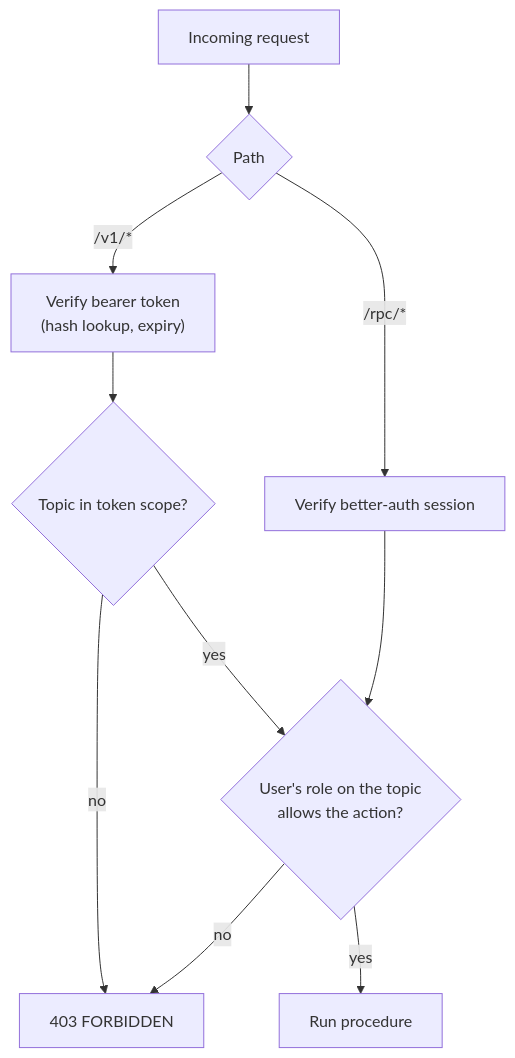
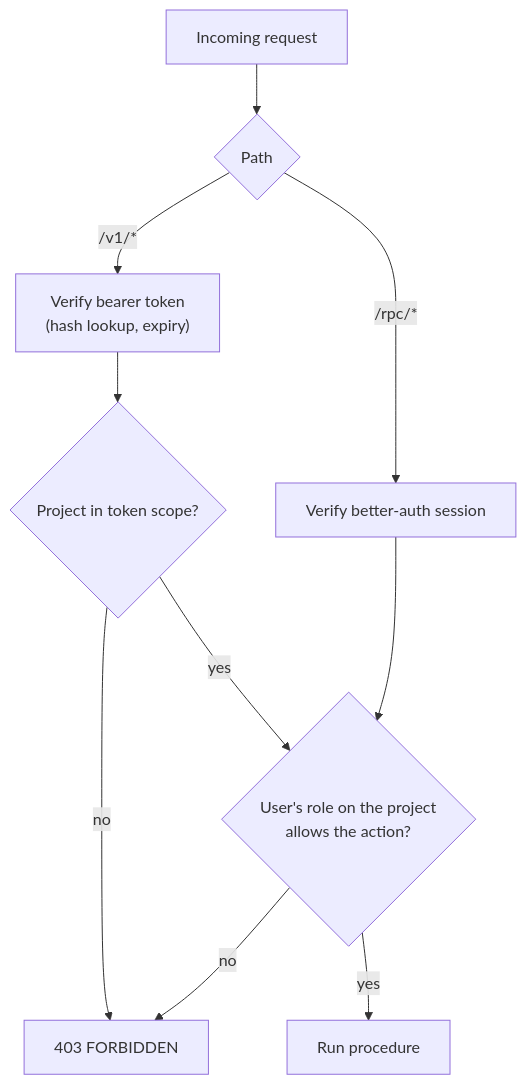
Before and after one commit to BRTZL/pocket-notifier: the diagram in apps/fumadocs/content/docs/product/access.mdx, drawn with Mermaid. The commit also changed other lines of this file and 20 other files, not shown here.

````diff
--- a/apps/fumadocs/content/docs/product/access.mdx
+++ b/apps/fumadocs/content/docs/product/access.mdx
@@ -96,12 +96,12 @@
 ```mermaid
 flowchart TD
   req["Incoming request"] --> kind{"Path"}
   kind -- "/v1/*" --> bearer["Verify bearer token<br/>(hash lookup, expiry)"]
   kind -- "/rpc/*" --> session["Verify better-auth session"]
-  bearer --> scope{"Topic in token scope?"}
+  bearer --> scope{"Project in token scope?"}
   scope -- no --> f403["403 FORBIDDEN"]
   scope -- yes --> role
-  session --> role{"User's role on the topic<br/>allows the action?"}
+  session --> role{"User's role on the project<br/>allows the action?"}
   role -- no --> f403
   role -- yes --> ok["Run procedure"]
 ```
````
